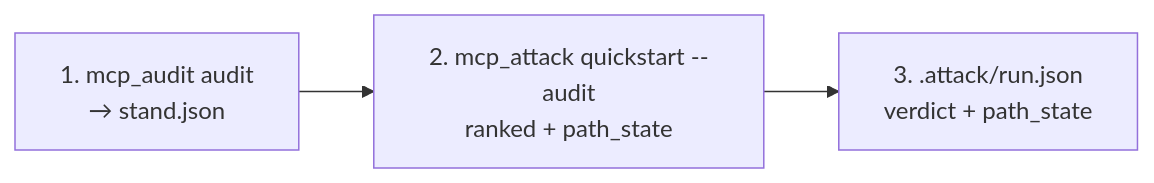
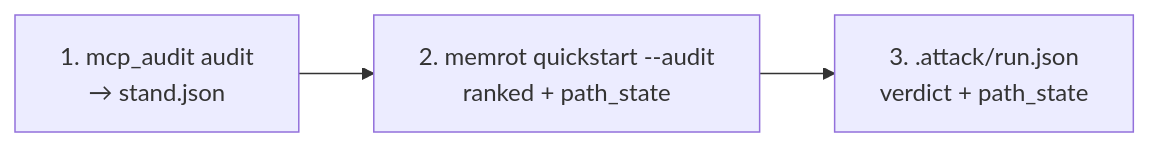
One commit to bulochka68/memrot changed the sixth of 7 diagrams in docs/project_overview.md. Above: the diagram before and after it, drawn with Mermaid. The commit also changed other lines of this file and 115 other files, not shown here.

````diff
--- a/docs/project_overview.md
+++ b/docs/project_overview.md
@@ -192,5 +192,5 @@
 ```mermaid
 flowchart LR
-    s1["1. mcp_audit audit<br/>→ stand.json"] --> s2["2. mcp_attack quickstart --audit<br/>ranked + path_state"]
+    s1["1. mcp_audit audit<br/>→ stand.json"] --> s2["2. memrot quickstart --audit<br/>ranked + path_state"]
     s2 --> s3["3. .attack/run.json<br/>verdict + path_state"]
 ```
````
